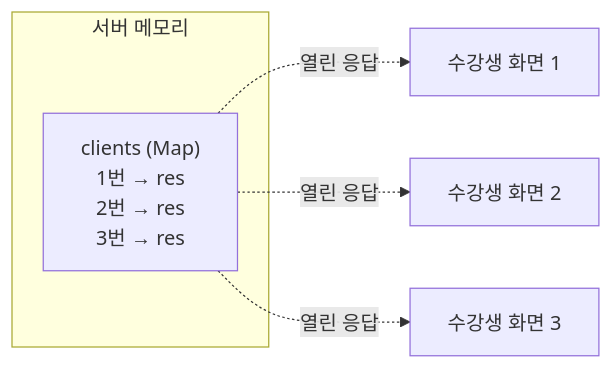
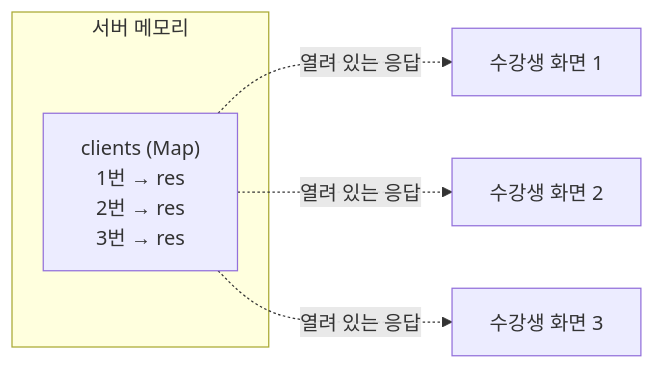
The fourth of 9 diagrams in docs/01-concept.md (joonhok-fittube/codeit-fullstack-assignment), drawn with Mermaid before and after one commit. The commit also changed other lines of this file, not shown here.

````diff
--- a/docs/01-concept.md
+++ b/docs/01-concept.md
@@ -350,9 +361,9 @@
 ```mermaid
 flowchart LR
     subgraph 서버 메모리
         M["clients (Map)<br/>1번 → res<br/>2번 → res<br/>3번 → res"]
     end
-    M -. "열린 응답" .-> B1["수강생 화면 1"]
-    M -. "열린 응답" .-> B2["수강생 화면 2"]
-    M -. "열린 응답" .-> B3["수강생 화면 3"]
+    M -. "열려 있는 응답" .-> B1["수강생 화면 1"]
+    M -. "열려 있는 응답" .-> B2["수강생 화면 2"]
+    M -. "열려 있는 응답" .-> B3["수강생 화면 3"]
 ```
````
